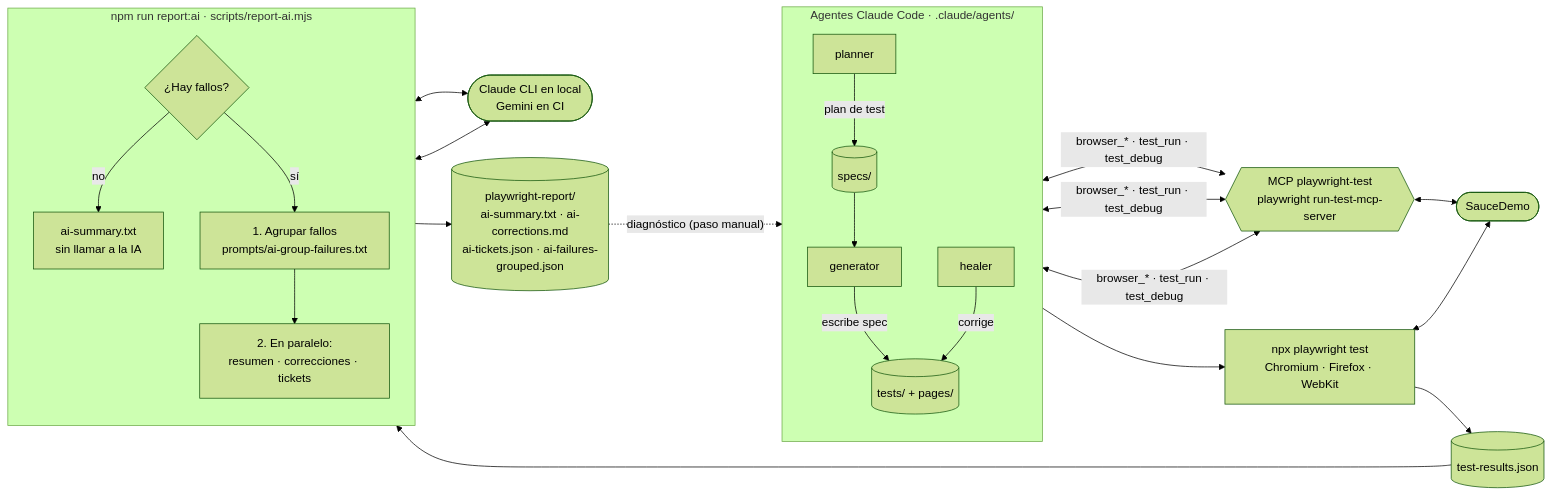
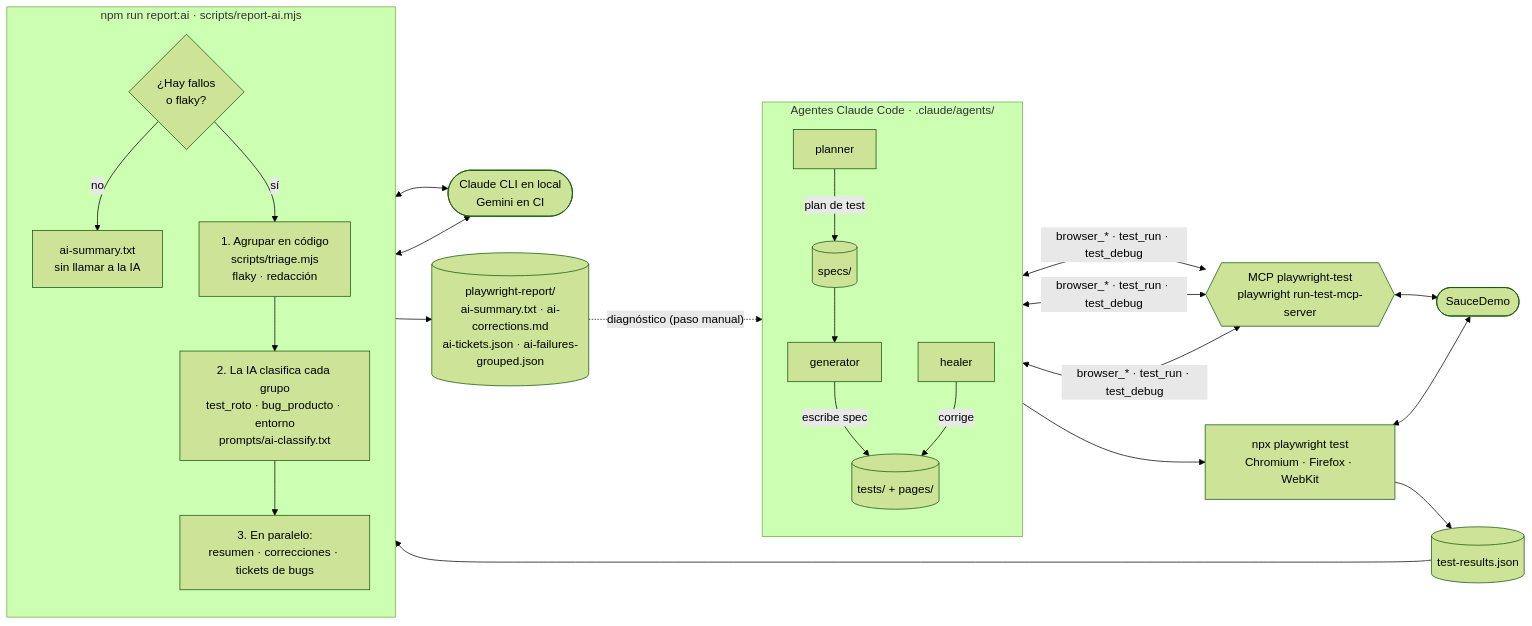
The first of 2 diagrams in README.md (StoneFly365/playwright-demo-ia-mcp), drawn with Mermaid (forest theme) before and after one commit. The commit also changed other lines of this file and 17 other files, not shown here.

First line of the commit message:
feat: la IA clasifica los fallos y el código los agrupa

````diff
--- a/README.md
+++ b/README.md
@@ -22,33 +22,34 @@
 ```mermaid
 flowchart LR
     APP(["SauceDemo"])
 
     subgraph AGENTS ["Agentes Claude Code · .claude/agents/"]
         direction TB
         P["planner"] -->|"plan de test"| SP[("specs/")]
         SP --> G["generator"]
         G -->|"escribe spec"| T[("tests/ + pages/")]
         H["healer"] -->|"corrige"| T
     end
 
     MCP{{"MCP playwright-test<br/>playwright run-test-mcp-server"}}
     P & G & H <-->|"browser_* · test_run · test_debug"| MCP
     MCP <--> APP
 
     T --> RUN["npx playwright test<br/>Chromium · Firefox · WebKit"]
     RUN <--> APP
     RUN --> JSON[("test-results.json")]
 
     subgraph AI ["npm run report:ai · scripts/report-ai.mjs"]
         direction TB
-        CHK{"¿Hay fallos?"} -->|"no"| OK["ai-summary.txt<br/>sin llamar a la IA"]
-        CHK -->|"sí"| GR["1. Agrupar fallos<br/>prompts/ai-group-failures.txt"]
-        GR --> PAR["2. En paralelo:<br/>resumen · correcciones · tickets"]
+        CHK{"¿Hay fallos<br/>o flaky?"} -->|"no"| OK["ai-summary.txt<br/>sin llamar a la IA"]
+        CHK -->|"sí"| GR["1. Agrupar en código<br/>scripts/triage.mjs<br/>flaky · redacción"]
+        GR --> CL["2. La IA clasifica cada grupo<br/>test_roto · bug_producto · entorno<br/>prompts/ai-classify.txt"]
+        CL --> PAR["3. En paralelo:<br/>resumen · correcciones · tickets de bugs"]
     end
 
     JSON --> CHK
     LLM(["Claude CLI en local<br/>Gemini en CI"])
-    GR & PAR <--> LLM
+    CL & PAR <--> LLM
     PAR --> OUT[("playwright-report/<br/>ai-summary.txt · ai-corrections.md<br/>ai-tickets.json · ai-failures-grouped.json")]
     OUT -.->|"diagnóstico (paso manual)"| H
 ```
````
